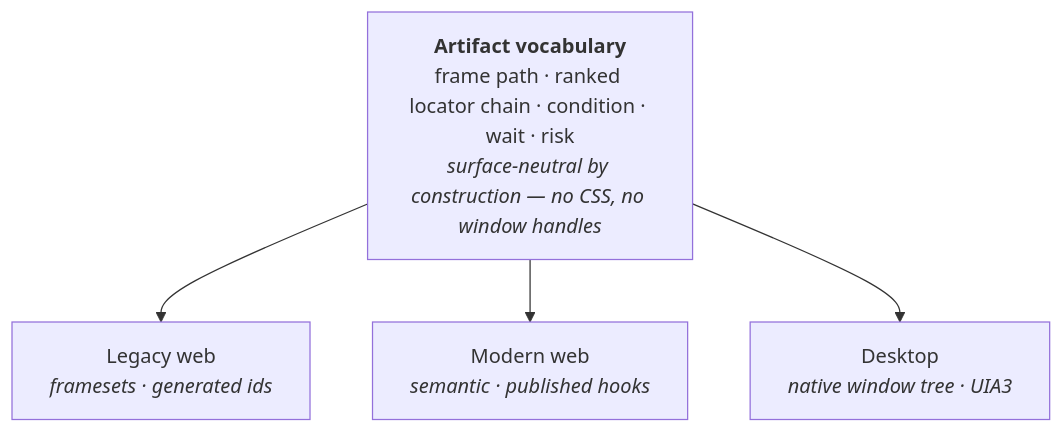
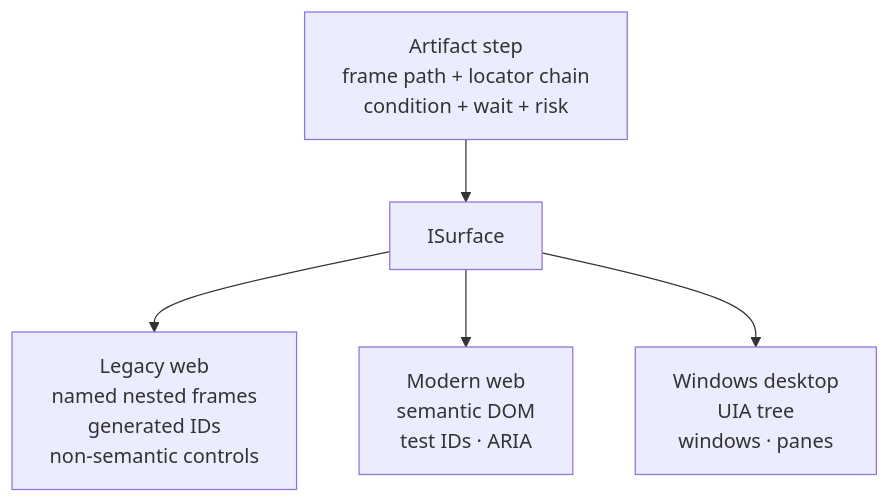
One commit to ssciri09/computer-use-automation-system changed the eighth of 17 diagrams in docs/ARCHITECTURE.md. Above: the diagram before and after it, drawn with Mermaid. The commit also changed other lines of this file and 109 other files, not shown here.

````diff
--- a/docs/ARCHITECTURE.md
+++ b/docs/ARCHITECTURE.md
@@ -90,7 +203,10 @@
 ```mermaid
-flowchart TD
-  V["<b>Artifact vocabulary</b><br/>frame path · ranked locator chain · condition · wait · risk<br/><i>surface-neutral by construction — no CSS, no window handles</i>"]
-  V --> LW["Legacy web<br/><i>framesets · generated ids</i>"]
-  V --> MW["Modern web<br/><i>semantic · published hooks</i>"]
-  V --> DT["Desktop<br/><i>native window tree · UIA3</i>"]
+flowchart TB
+    STEP["Artifact step<br/>frame path + locator chain<br/>condition + wait + risk"]
+    SURFACE["ISurface"]
+
+    STEP --> SURFACE
+    SURFACE --> LEGACY["Legacy web<br/>named nested frames<br/>generated IDs<br/>non-semantic controls"]
+    SURFACE --> MODERN["Modern web<br/>semantic DOM<br/>test IDs · ARIA"]
+    SURFACE --> NATIVE["Windows desktop<br/>UIA tree<br/>windows · panes"]
 ```
````
